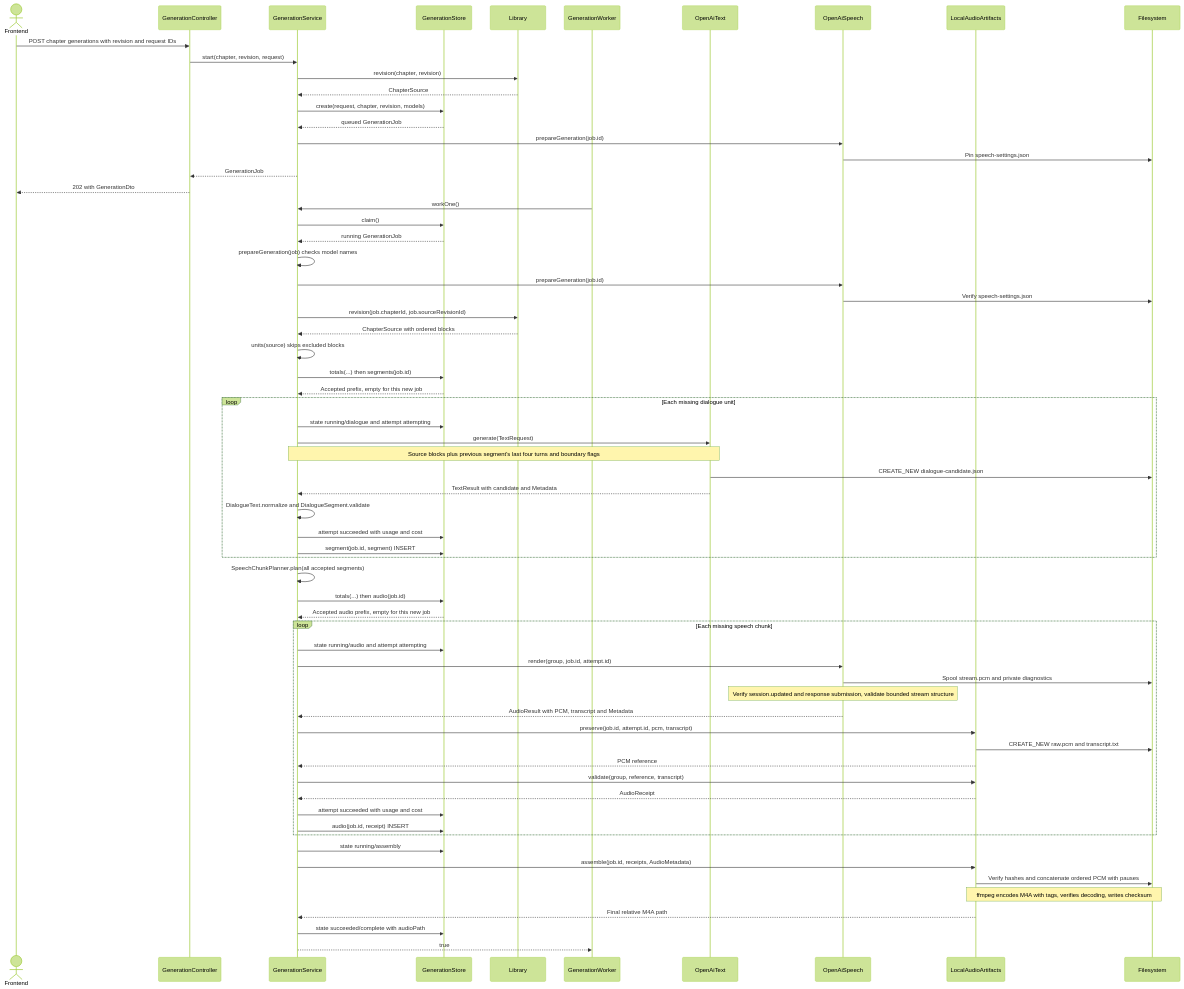
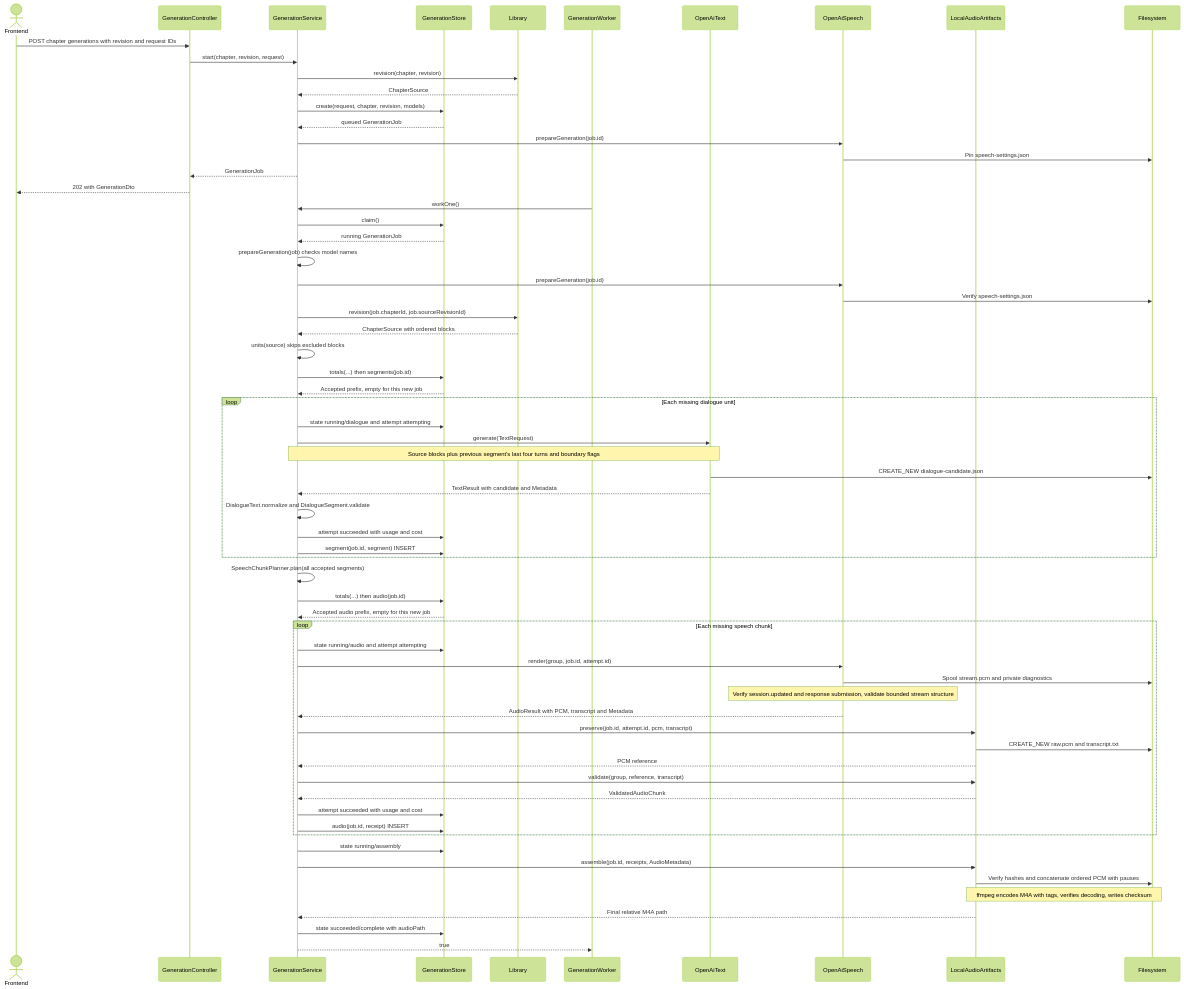
Before and after one commit to nenonja/bookcast: the second of 3 diagrams in docs/GENERATION_FLOW.md, drawn with Mermaid (forest theme). The commit also changed other lines of this file and 12 other files, not shown here.

First line of the commit message:
Rename AudioReceipt to ValidatedAudioChunk

````diff
--- a/docs/GENERATION_FLOW.md
+++ b/docs/GENERATION_FLOW.md
@@ -65,70 +67,70 @@
 ```mermaid
 sequenceDiagram
     actor UI as Frontend
     participant HTTP as GenerationController
     participant Service as GenerationService
     participant Store as GenerationStore
     participant Library as Library
     participant Worker as GenerationWorker
     participant Text as OpenAiText
     participant Speech as OpenAiSpeech
     participant Audio as LocalAudioArtifacts
     participant Files as Filesystem
 
     UI->>HTTP: POST chapter generations with revision and request IDs
     HTTP->>Service: start(chapter, revision, request)
     Service->>Library: revision(chapter, revision)
     Library-->>Service: ChapterSource
     Service->>Store: create(request, chapter, revision, models)
     Store-->>Service: queued GenerationJob
     Service->>Speech: prepareGeneration(job.id)
     Speech->>Files: Pin speech-settings.json
     Service-->>HTTP: GenerationJob
     HTTP-->>UI: 202 with GenerationDto
 
     Worker->>Service: workOne()
     Service->>Store: claim()
     Store-->>Service: running GenerationJob
     Service->>Service: prepareGeneration(job) checks model names
     Service->>Speech: prepareGeneration(job.id)
     Speech->>Files: Verify speech-settings.json
     Service->>Library: revision(job.chapterId, job.sourceRevisionId)
     Library-->>Service: ChapterSource with ordered blocks
     Service->>Service: units(source) skips excluded blocks
     Service->>Store: totals(...) then segments(job.id)
     Store-->>Service: Accepted prefix, empty for this new job
     loop Each missing dialogue unit
         Service->>Store: state running/dialogue and attempt attempting
         Service->>Text: generate(TextRequest)
         Note over Service,Text: Source blocks plus previous segment's last four turns and boundary flags
         Text->>Files: CREATE_NEW dialogue-candidate.json
         Text-->>Service: TextResult with candidate and Metadata
         Service->>Service: DialogueText.normalize and DialogueSegment.validate
         Service->>Store: attempt succeeded with usage and cost
         Service->>Store: segment(job.id, segment) INSERT
     end
     Service->>Service: SpeechChunkPlanner.plan(all accepted segments)
     Service->>Store: totals(...) then audio(job.id)
     Store-->>Service: Accepted audio prefix, empty for this new job
     loop Each missing speech chunk
         Service->>Store: state running/audio and attempt attempting
         Service->>Speech: render(group, job.id, attempt.id)
         Speech->>Files: Spool stream.pcm and private diagnostics
         Note over Speech: Verify session.updated and response submission, validate bounded stream structure
         Speech-->>Service: AudioResult with PCM, transcript and Metadata
         Service->>Audio: preserve(job.id, attempt.id, pcm, transcript)
         Audio->>Files: CREATE_NEW raw.pcm and transcript.txt
         Audio-->>Service: PCM reference
         Service->>Audio: validate(group, reference, transcript)
-        Audio-->>Service: AudioReceipt
+        Audio-->>Service: ValidatedAudioChunk
         Service->>Store: attempt succeeded with usage and cost
         Service->>Store: audio(job.id, receipt) INSERT
     end
     Service->>Store: state running/assembly
     Service->>Audio: assemble(job.id, receipts, AudioMetadata)
     Audio->>Files: Verify hashes and concatenate ordered PCM with pauses
     Note over Audio,Files: ffmpeg encodes M4A with tags, verifies decoding, writes checksum
     Audio-->>Service: Final relative M4A path
     Service->>Store: state succeeded/complete with audioPath
     Service-->>Worker: true
 ```
````
